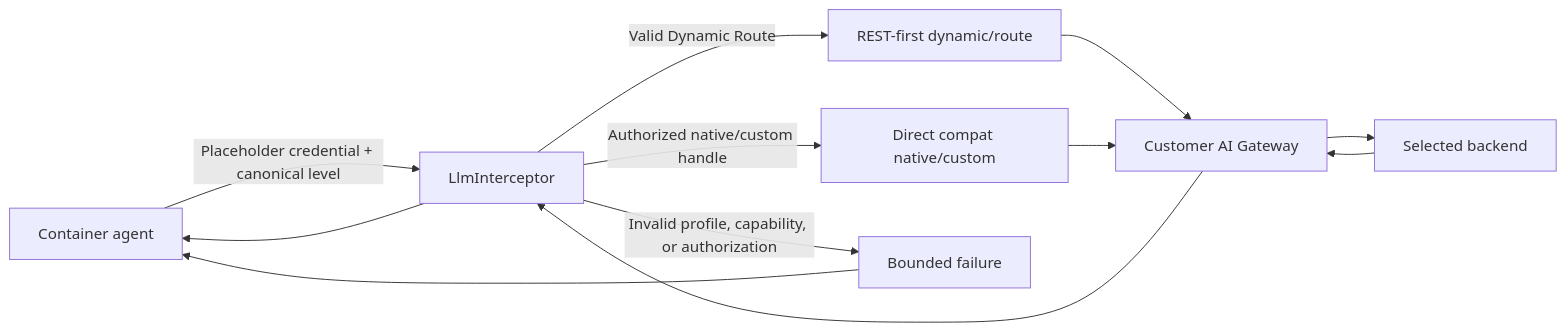
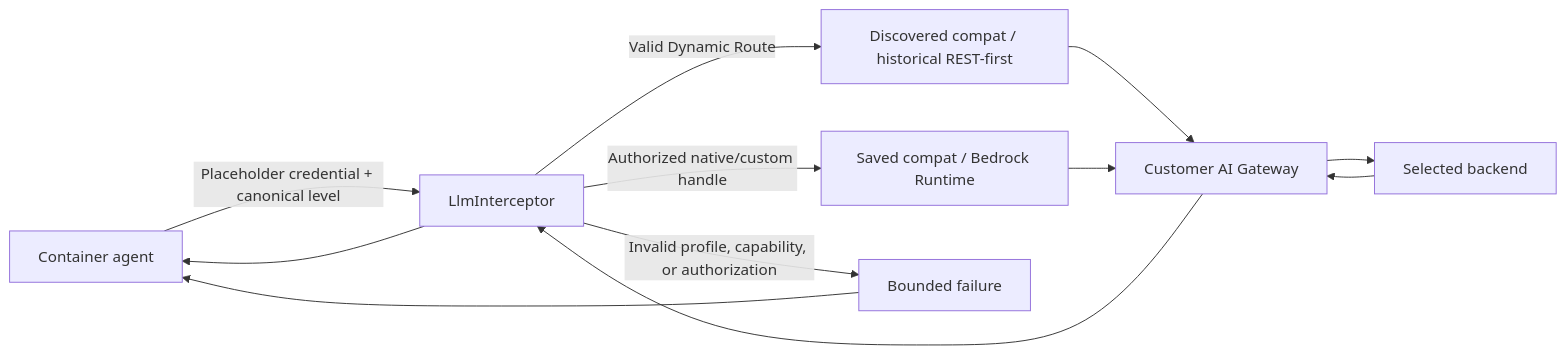
Before and after one commit to nikolanovoselec/codeflare: the eighth of 10 diagrams in documentation/lanes/architecture.md, drawn with Mermaid. The commit also changed other lines of this file and 197 other files, not shown here.

````diff
--- a/documentation/lanes/architecture.md
+++ b/documentation/lanes/architecture.md
@@ -583,14 +585,14 @@
 ```mermaid
 flowchart LR
     C["Container agent"] -->|"Placeholder credential + canonical level"| I["LlmInterceptor"]
-    I -->|"Valid Dynamic Route"| D["REST-first dynamic/route"]
-    I -->|"Authorized native/custom handle"| N["Direct compat native/custom"]
+    I -->|"Valid Dynamic Route"| D["Discovered compat / historical REST-first"]
+    I -->|"Authorized native/custom handle"| N["Saved compat / Bedrock Runtime"]
     I -->|"Invalid profile, capability, or authorization"| F["Bounded failure"]
     F --> C
     D --> G["Customer AI Gateway"]
     N --> G
     G --> P["Selected backend"]
     P --> G
     G --> I
     I --> C
 ```
````
